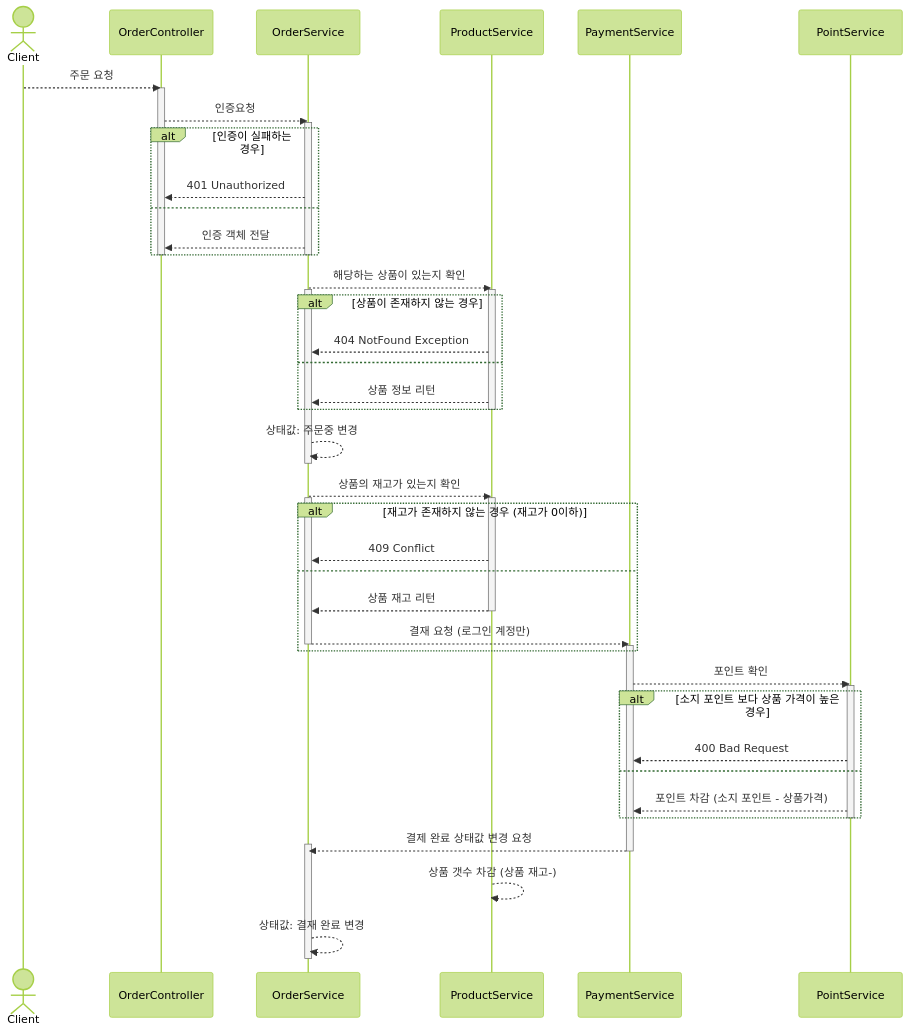
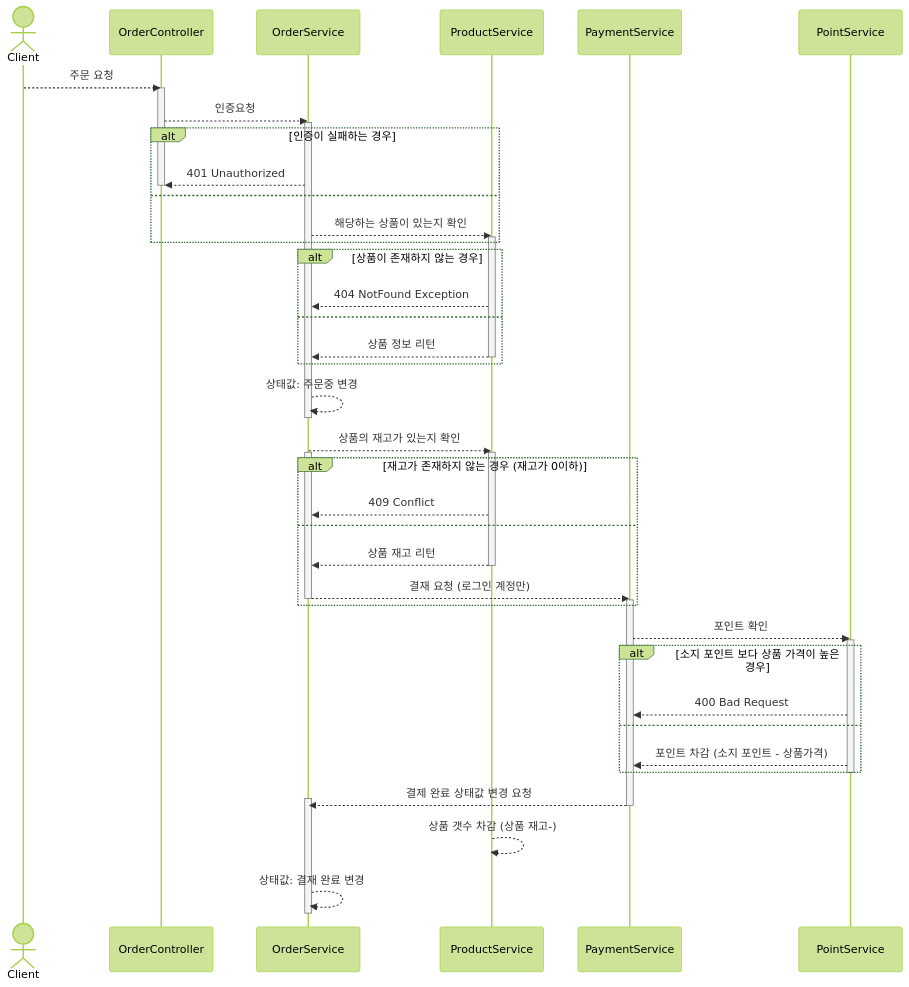
Before and after one commit to Roopers-Team-6/younghun: the fifth of 6 diagrams in apps/commerce-api/docs/desigin/02-sequence-diagrams.md, drawn with Mermaid (forest theme). The commit also changed other lines of this file, not shown here.

Commit message:
doc: 시퀀스 다이어그램 작성 - 인증 성공시 다음 과정으로 가도록 유도

````diff
--- a/apps/commerce-api/docs/desigin/02-sequence-diagrams.md
+++ b/apps/commerce-api/docs/desigin/02-sequence-diagrams.md
@@ -139,63 +136,61 @@
 ```mermaid
 sequenceDiagram
 actor C as Client
 participant OC as OrderController
 participant OS as OrderService
 participant PS as ProductService
 participant PAS as PaymentService
 participant POS as PointService
 
 C -->> OC: 주문 요청
 activate OC
 OC -->> OS: 인증요청
-activate OS
+    activate OS
 alt 인증이 실패하는 경우
-    OS -->> OC: 401 Unauthorized
+OS -->> OC: 401 Unauthorized
+  deactivate OC
 else
-    OS -->> OC: 인증 객체 전달
+OS -->> PS: 해당하는 상품이 있는지 확인
+  activate PS
 end
-deactivate OS
-deactivate OC
 
-OS -->> PS: 해당하는 상품이 있는지 확인
-activate OS
-activate PS
 alt 상품이 존재하지 않는 경우
 PS -->> OS: 404 NotFound Exception
 else
 PS -->> OS: 상품 정보 리턴
+  deactivate PS
 end
-deactivate PS
-OS -->> OS: 상태값: 주문중 변경  
-deactivate OS
+
+    OS -->> OS: 상태값: 주문중 변경  
+  deactivate OS
 
 OS -->> PS: 상품의 재고가 있는지 확인
-activate OS
-activate PS
+  activate OS
+  activate PS
 alt 재고가 존재하지 않는 경우 (재고가 0이하)
   PS -->> OS: 409 Conflict
 else
   PS -->> OS: 상품 재고 리턴
   deactivate PS
   OS -->> PAS: 결재 요청 (로그인 계정만)
   deactivate OS
   activate PAS
 end
 
 PAS -->> POS: 포인트 확인
 activate POS
 
 alt 소지 포인트 보다 상품 가격이 높은 경우 
 POS -->> PAS: 400 Bad Request
 else
 POS -->> PAS: 포인트 차감 (소지 포인트 - 상품가격)    
 end
 deactivate POS
 
 PAS -->> OS: 결제 완료 상태값 변경 요청
 activate OS
 deactivate PAS
 PS -->> PS: 상품 갯수 차감 (상품 재고-)
 OS -->> OS: 상태값: 결재 완료 변경 
 deactivate OS
 ```
````
